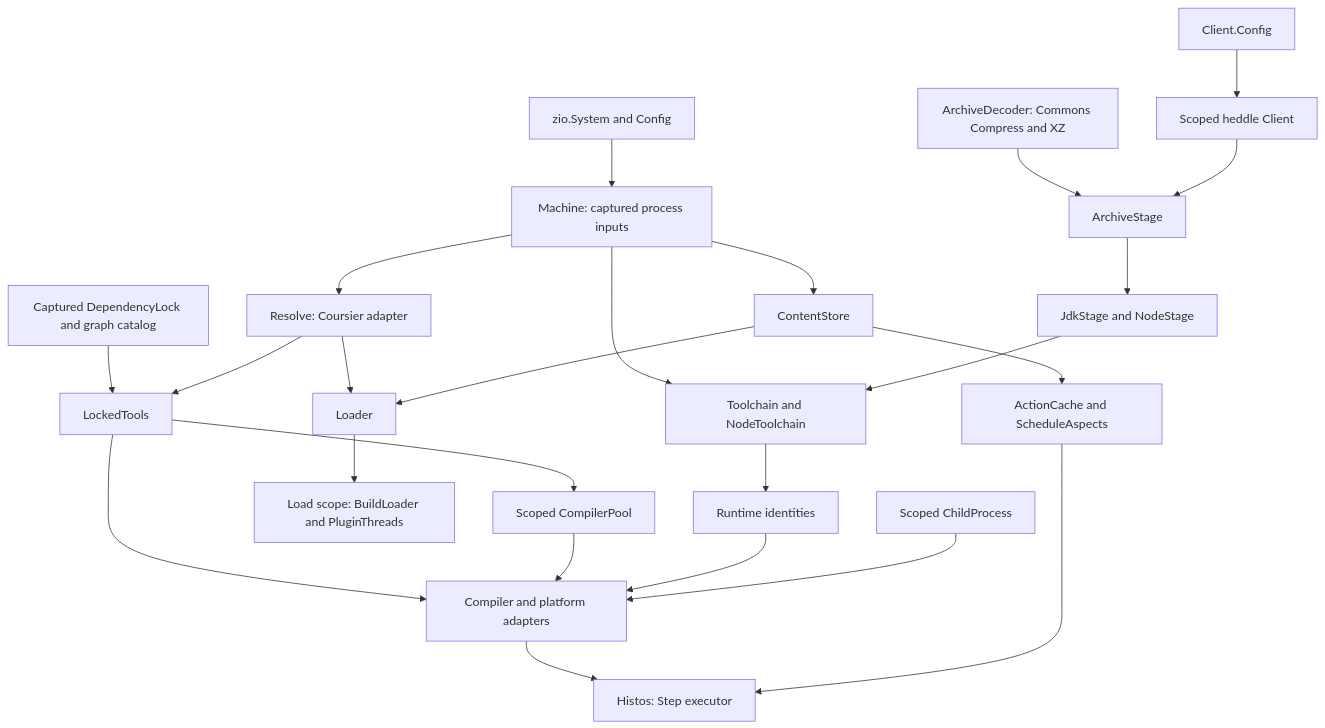
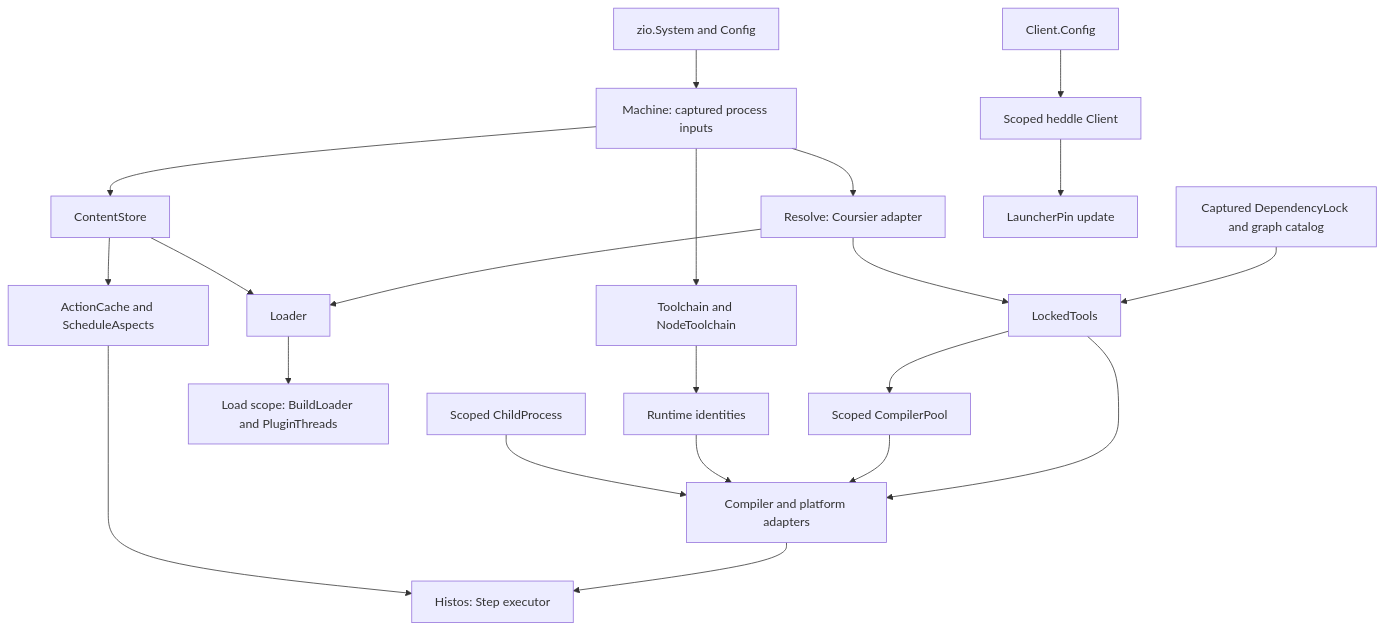
The diagram in docs/architecture.md (early-effect/histos), drawn with Mermaid before and after one commit. The commit also changed other lines of this file and 69 other files, not shown here.

First line of the commit message:
Fail closed when JDK 21 or Node 25 is not already installed

````diff
--- a/docs/architecture.md
+++ b/docs/architecture.md
@@ -28,26 +28,23 @@
 ```mermaid
 flowchart TD
   system[zio.System and Config] --> machine[Machine: captured process inputs]
   machine --> resolve[Resolve: Coursier adapter]
   machine --> store[ContentStore]
   lock[Captured DependencyLock and graph catalog] --> tools[LockedTools]
   resolve --> tools
   tools --> pool[Scoped CompilerPool]
   resolve --> loader[Loader]
   store --> loader
   loader --> loaded[Load scope: BuildLoader and PluginThreads]
   config[Client.Config] --> client[Scoped heddle Client]
-  decoder[ArchiveDecoder: Commons Compress and XZ] --> archives[ArchiveStage]
-  client --> archives
-  archives --> stages[JdkStage and NodeStage]
+  client --> launcher[LauncherPin update]
   machine --> runtimes[Toolchain and NodeToolchain]
-  stages --> runtimes
   runtimes --> inputs[Runtime identities]
   tools --> work[Compiler and platform adapters]
   pool --> work
   inputs --> work
   child[Scoped ChildProcess] --> work
   work --> executor[Histos: Step executor]
   store --> cache[ActionCache and ScheduleAspects]
   cache --> executor
 ```
````
